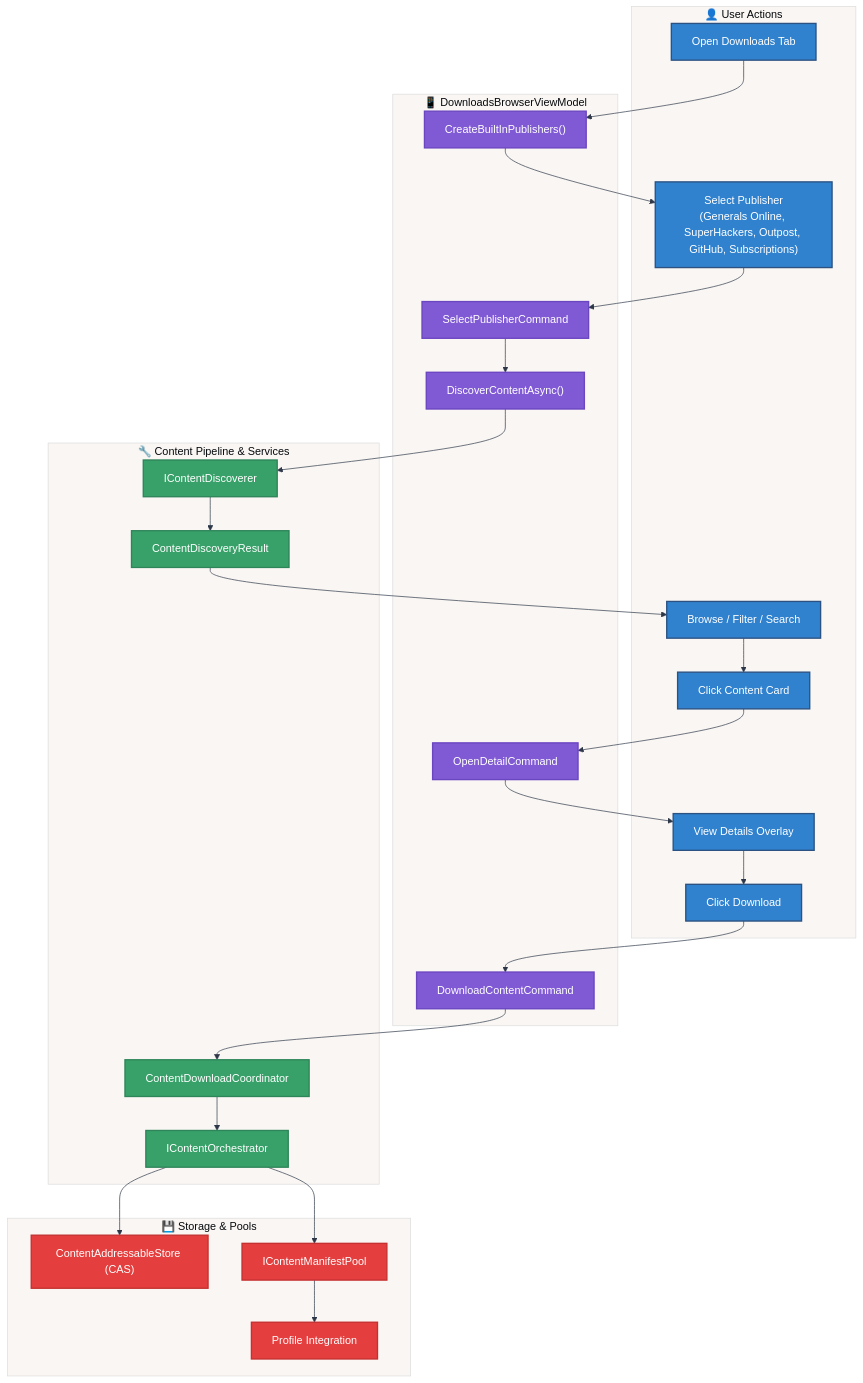
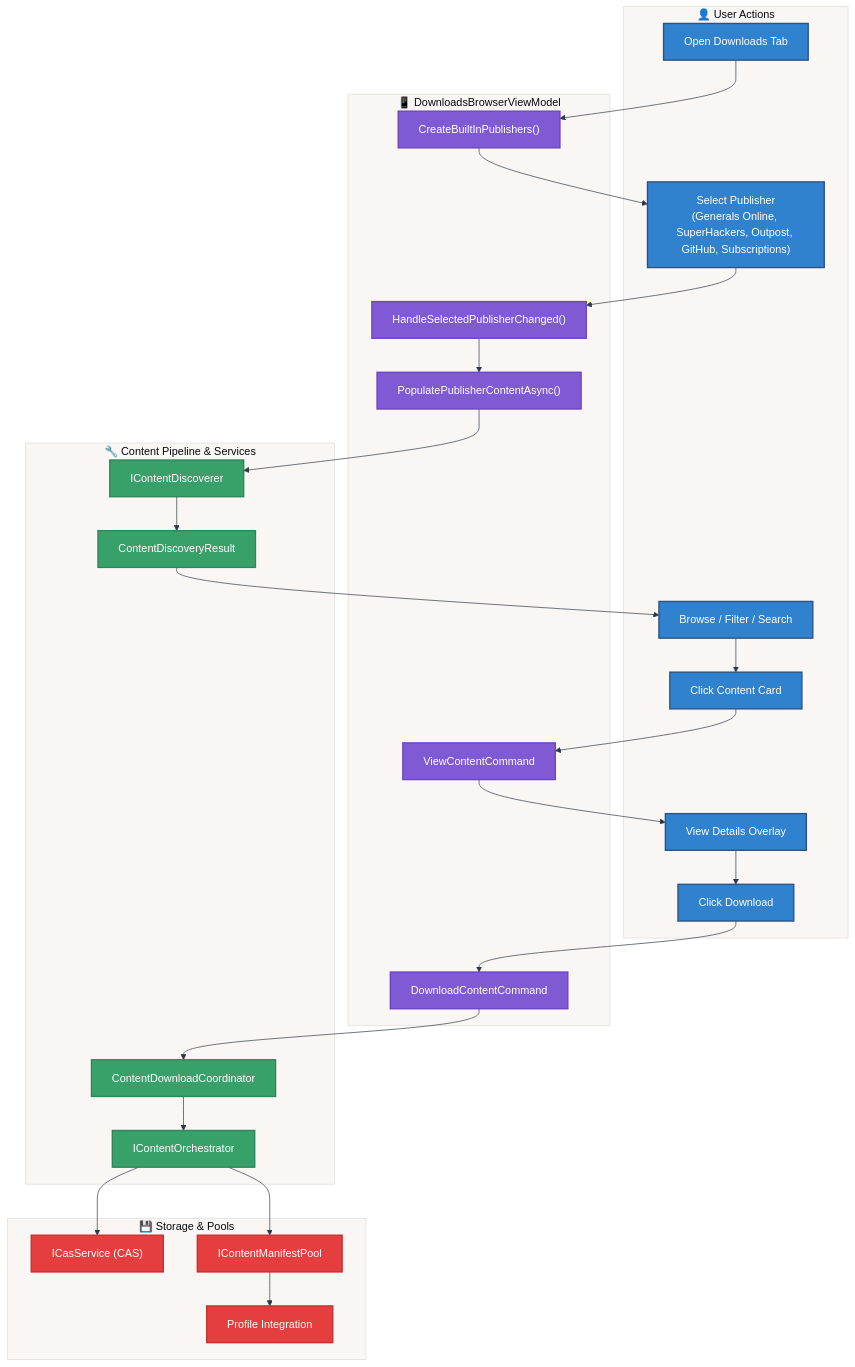
One commit to undead2146/GenHub changed the first of 9 diagrams in docs/FlowCharts/Downloads-Flow.md. Above: the diagram before and after it, drawn with Mermaid. The commit also changed other lines of this file and 16 other files, not shown here.

````diff
--- a/docs/FlowCharts/Downloads-Flow.md
+++ b/docs/FlowCharts/Downloads-Flow.md
@@ -31,71 +31,71 @@
 ```mermaid
 %%{init: {
   'theme': 'base',
   'themeVariables': {
     'primaryColor': '#e2e8f0',
     'primaryTextColor': '#1a202c',
     'primaryBorderColor': '#4a5568',
     'lineColor': '#2d3748',
     'background': '#ffffff'
   }
 }}%%
 
 flowchart TD
     subgraph User["👤 User Actions"]
         A["Open Downloads Tab"]
         B["Select Publisher<br/>(Generals Online, SuperHackers, Outpost, GitHub, Subscriptions)"]
         C["Browse / Filter / Search"]
         D["Click Content Card"]
         E["View Details Overlay"]
         F["Click Download"]
     end
 
     subgraph ViewModel["📱 DownloadsBrowserViewModel"]
         V1["CreateBuiltInPublishers()"]
-        V2["SelectPublisherCommand"]
-        V3["DiscoverContentAsync()"]
-        V4["OpenDetailCommand"]
+        V2["HandleSelectedPublisherChanged()"]
+        V3["PopulatePublisherContentAsync()"]
+        V4["ViewContentCommand"]
         V5["DownloadContentCommand"]
     end
 
     subgraph Pipeline["🔧 Content Pipeline & Services"]
         P1["IContentDiscoverer"]
         P2["ContentDiscoveryResult"]
         P3["ContentDownloadCoordinator"]
         P4["IContentOrchestrator"]
     end
 
     subgraph Storage["💾 Storage & Pools"]
-        S1["ContentAddressableStore (CAS)"]
+        S1["ICasService (CAS)"]
         S2["IContentManifestPool"]
         S3["Profile Integration"]
     end
 
     A --> V1
     V1 --> B
     B --> V2
     V2 --> V3
     V3 --> P1
     P1 --> P2
     P2 --> C
     C --> D
     D --> V4
     V4 --> E
     E --> F
     F --> V5
     V5 --> P3
     P3 --> P4
     P4 --> S1
     P4 --> S2
     S2 --> S3
 
     classDef user fill:#3182ce,stroke:#2c5282,stroke-width:2px,color:#ffffff
     classDef viewmodel fill:#805ad5,stroke:#6b46c1,stroke-width:2px,color:#ffffff
     classDef pipeline fill:#38a169,stroke:#2f855a,stroke-width:2px,color:#ffffff
     classDef storage fill:#e53e3e,stroke:#c53030,stroke-width:2px,color:#ffffff
 
     class A,B,C,D,E,F user
     class V1,V2,V3,V4,V5 viewmodel
     class P1,P2,P3,P4 pipeline
     class S1,S2,S3 storage
 ```
````
